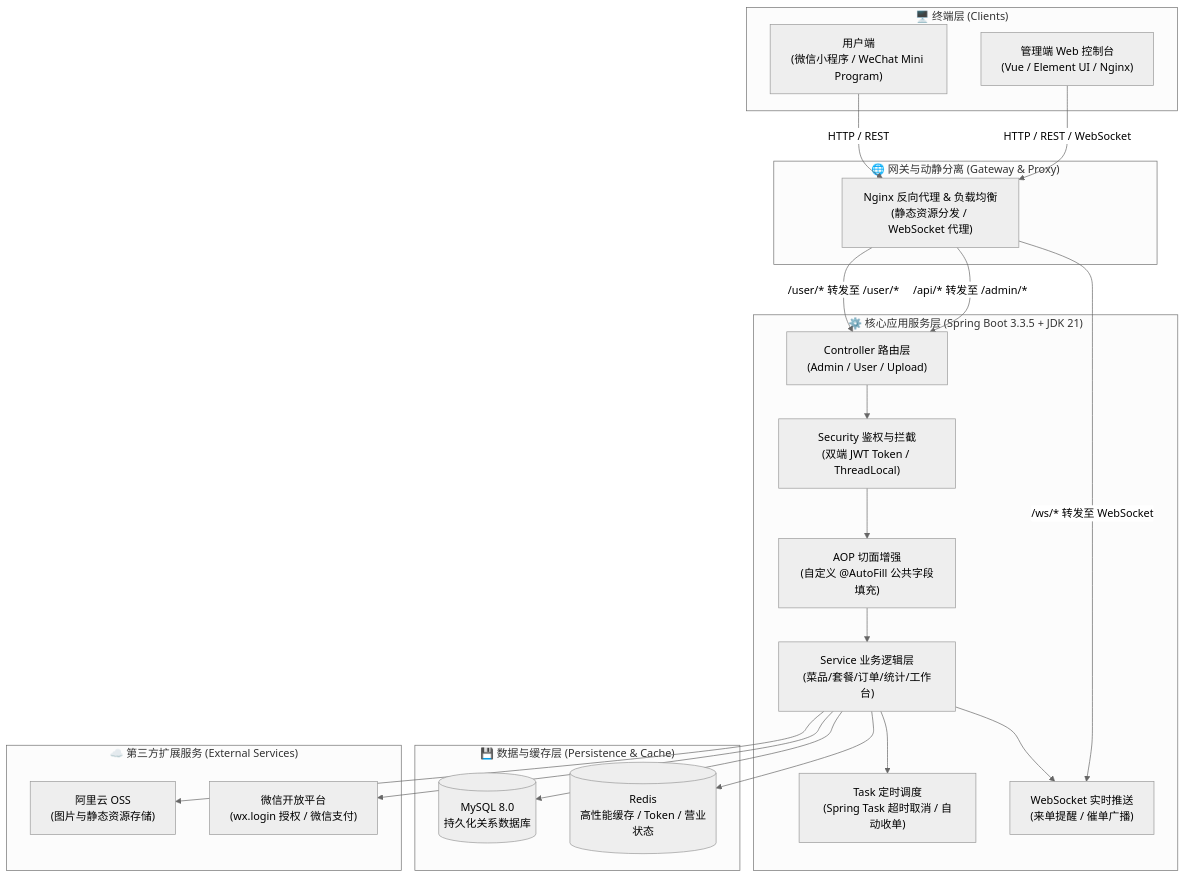
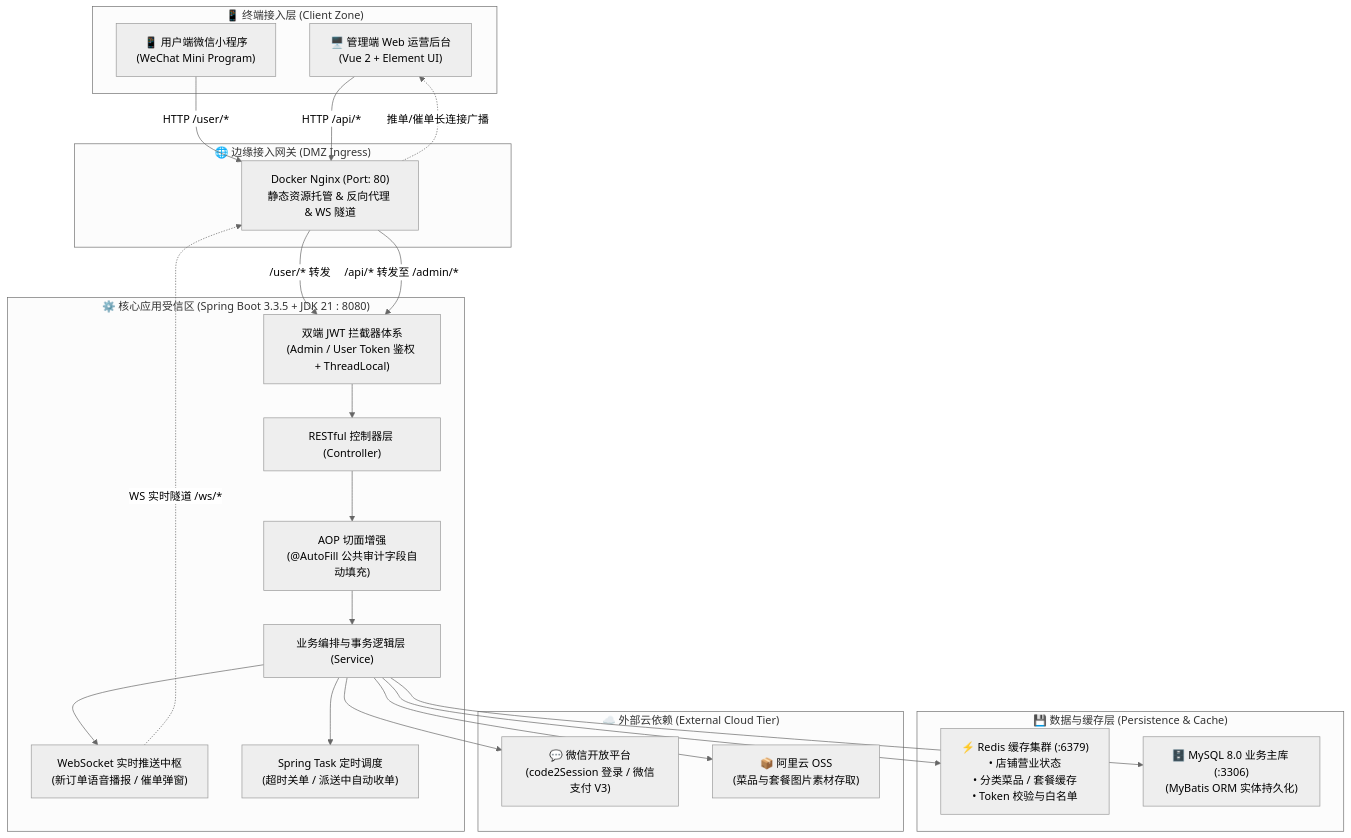
Before and after one commit to e69d8e/sky-takeout: the first of 3 diagrams in README.md, drawn with Mermaid (neutral theme). The commit also changed other lines of this file and 2 other files, not shown here.

````diff
--- a/README.md
+++ b/README.md
@@ -36,46 +38,46 @@
 ```mermaid
-flowchart TB
-    subgraph ClientLayer ["🖥️ 终端层 (Clients)"]
-        A1["管理端 Web 控制台\n(Vue / Element UI / Nginx)"]
-        A2["用户端\n(微信小程序 / WeChat Mini Program)"]
+graph TD
+    subgraph ClientLayer ["📱 终端接入层 (Client Zone)"]
+        AdminSPA["🖥️ 管理端 Web 运营后台<br/>(Vue 2 + Element UI)"]
+        UserMini["📱 用户端微信小程序<br/>(WeChat Mini Program)"]
     end
 
-    subgraph GatewayLayer ["🌐 网关与动静分离 (Gateway & Proxy)"]
-        B["Nginx 反向代理 & 负载均衡\n(静态资源分发 / WebSocket 代理)"]
+    subgraph GatewayLayer ["🌐 边缘接入网关 (DMZ Ingress)"]
+        Nginx["Docker Nginx (Port: 80)<br/>静态资源托管 & 反向代理 & WS 隧道"]
     end
 
-    subgraph AppLayer ["⚙️ 核心应用服务层 (Spring Boot 3.3.5 + JDK 21)"]
-        C1["Controller 路由层\n(Admin / User / Upload)"]
-        C2["Security 鉴权与拦截\n(双端 JWT Token / ThreadLocal)"]
-        C3["AOP 切面增强\n(自定义 @AutoFill 公共字段填充)"]
-        C4["Service 业务逻辑层\n(菜品/套餐/订单/统计/工作台)"]
-        C5["Task 定时调度\n(Spring Task 超时取消 / 自动收单)"]
-        C6["WebSocket 实时推送\n(来单提醒 / 催单广播)"]
+    subgraph AppLayer ["⚙️ 核心应用受信区 (Spring Boot 3.3.5 + JDK 21 : 8080)"]
+        AuthInterceptor["双端 JWT 拦截器体系<br/>(Admin / User Token 鉴权 + ThreadLocal)"]
+        Controller["RESTful 控制器层 (Controller)"]
+        AutoFillAOP["AOP 切面增强<br/>(@AutoFill 公共审计字段自动填充)"]
+        Service["业务编排与事务逻辑层 (Service)"]
+        WSHub["WebSocket 实时推送中枢<br/>(新订单语音播报 / 催单弹窗)"]
+        ScheduledTask["Spring Task 定时调度<br/>(超时关单 / 派送中自动收单)"]
     end
 
-    subgraph DataLayer ["💾 数据与缓存层 (Persistence & Cache)"]
-        D1[("MySQL 8.0\n持久化关系数据库")]
-        D2[("Redis\n高性能缓存 / Token / 营业状态")]
+    subgraph StorageLayer ["💾 数据与缓存层 (Persistence & Cache)"]
+        Redis["⚡ Redis 缓存集群 (:6379)<br/>• 店铺营业状态<br/>• 分类菜品 / 套餐缓存<br/>• Token 校验与白名单"]
+        MySQL["🗄️ MySQL 8.0 业务主库 (:3306)<br/>(MyBatis ORM 实体持久化)"]
     end
 
-    subgraph ExternalLayer ["☁️ 第三方扩展服务 (External Services)"]
-        E1["阿里云 OSS\n(图片与静态资源存储)"]
-        E2["微信开放平台\n(wx.login 授权 / 微信支付)"]
+    subgraph CloudLayer ["☁️ 外部云依赖 (External Cloud Tier)"]
+        WeChat["💬 微信开放平台<br/>(code2Session 登录 / 微信支付 V3)"]
+        AliOss["📦 阿里云 OSS<br/>(菜品与套餐图片素材存取)"]
     end
 
-    A1 -->|HTTP / REST / WebSocket| B
-    A2 -->|HTTP / REST| B
-    B -->|/api/* 转发至 /admin/*| C1
-    B -->|/user/* 转发至 /user/*| C1
-    B -->|/ws/* 转发至 WebSocket| C6
-
-    C1 --> C2
-    C2 --> C3
-    C3 --> C4
-    C4 --> C5
-    C4 --> C6
-    C4 --> D1
-    C4 --> D2
-    C4 --> E1
-    C4 --> E2
+    UserMini -->|HTTP /user/*| Nginx
+    AdminSPA -->|HTTP /api/*| Nginx
+    Nginx -->|/user/* 转发| AuthInterceptor
+    Nginx -->|/api/* 转发至 /admin/*| AuthInterceptor
+    AuthInterceptor --> Controller
+    Controller --> AutoFillAOP
+    AutoFillAOP --> Service
+    Service --> WSHub
+    Service --> ScheduledTask
+    Service --> MySQL
+    Service --> Redis
+    Service --> WeChat
+    Service --> AliOss
+    WSHub -.->|WS 实时隧道 /ws/*| Nginx
+    Nginx -.->|推单/催单长连接广播| AdminSPA
 ```
````
